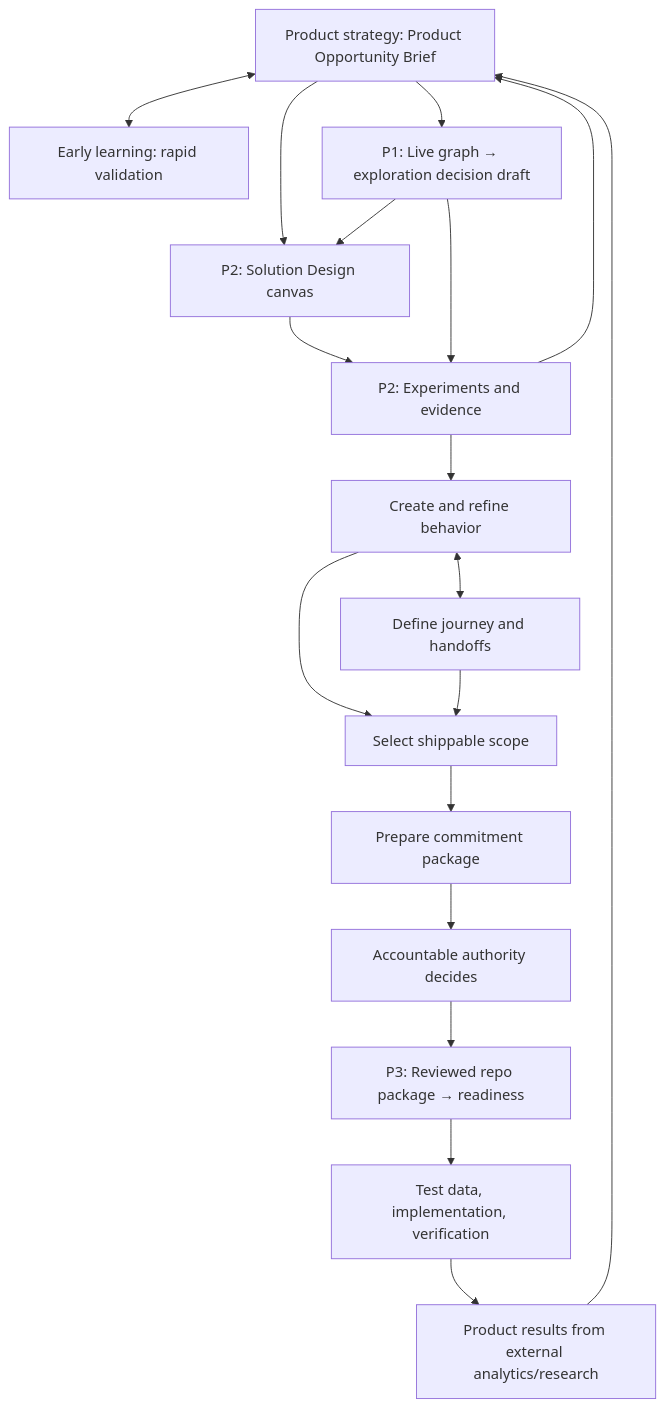
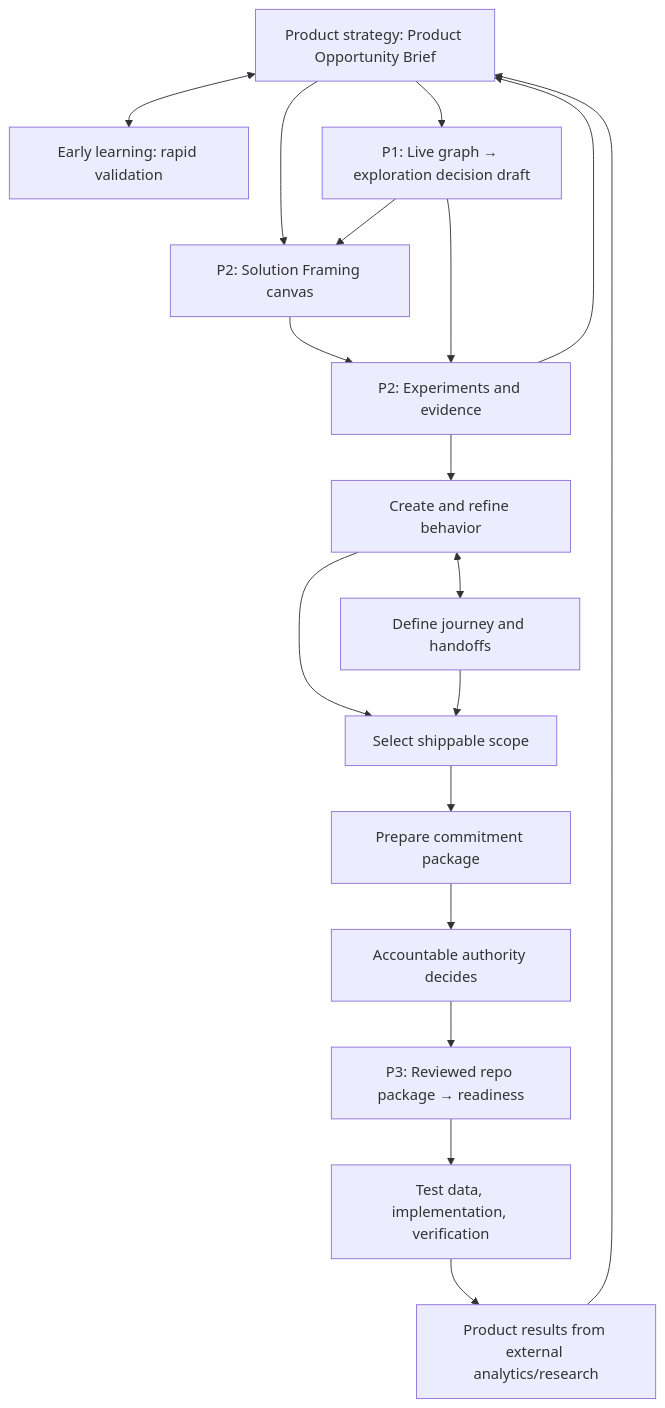
Before and after one commit to Accelerated-Innovation/aipos-plugins: the diagram in docs/workflow.md, drawn with Mermaid. The commit also changed other lines of this file and 71 other files, not shown here.

````diff
--- a/docs/workflow.md
+++ b/docs/workflow.md
@@ -7,20 +7,20 @@
 ```mermaid
 flowchart TD
     PS["Product strategy: Product Opportunity Brief"] <--> L["Early learning: rapid validation"]
     PS --> P["P1: Live graph → exploration decision draft"]
-    PS --> SD["P2: Solution Design canvas"]
+    PS --> SD["P2: Solution Framing canvas"]
     P --> SD
     SD --> V["P2: Experiments and evidence"]
     P --> V
     V --> B["Create and refine behavior"]
     B <--> J["Define journey and handoffs"]
     B --> S["Select shippable scope"]
     J --> S
     S --> C["Prepare commitment package"]
     C --> A["Accountable authority decides"]
     A --> R["P3: Reviewed repo package → readiness"]
     R --> D["Test data, implementation, verification"]
     V --> PS
     D --> O["Product results from external analytics/research"]
     O --> PS
 ```
````
